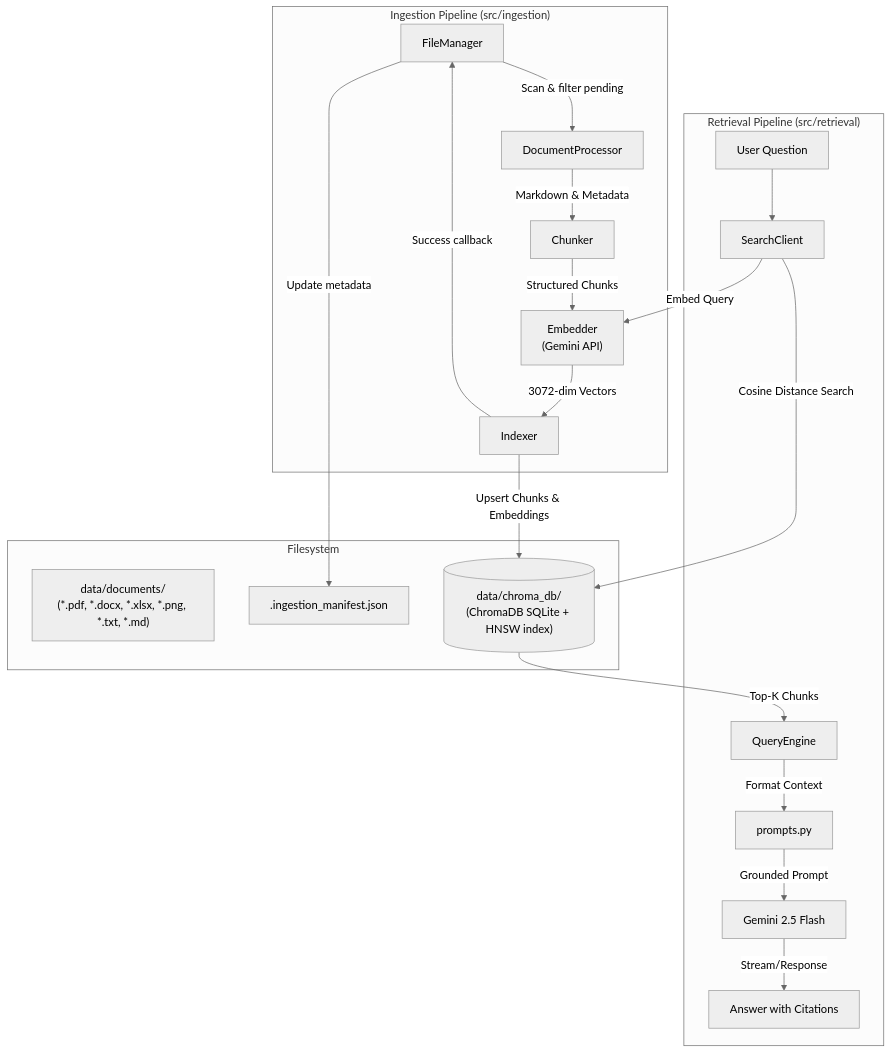
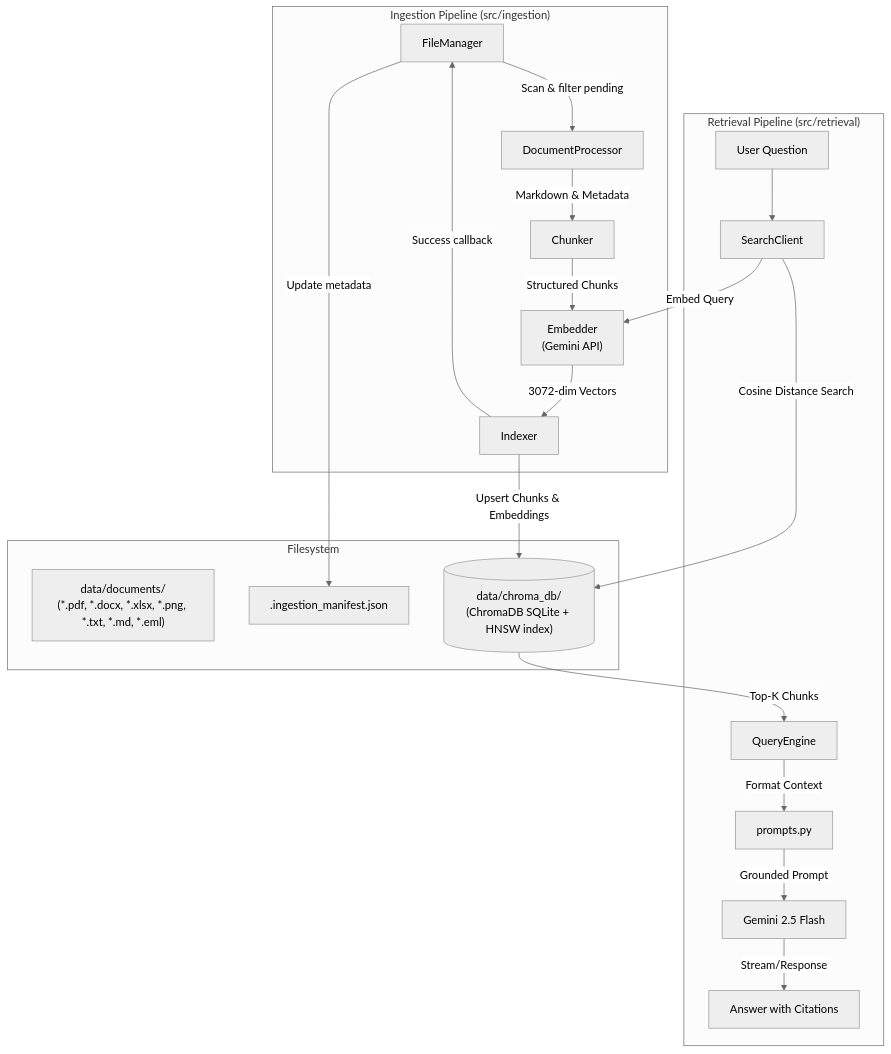
The first of 2 diagrams in docs/architecture.md (Asad02-dev/RAG), drawn with Mermaid (neutral theme) before and after one commit. The commit also changed other lines of this file and 16 other files, not shown here.

````diff
--- a/docs/architecture.md
+++ b/docs/architecture.md
@@ -13,28 +13,28 @@
 ```mermaid
 graph TD
     subgraph Filesystem
-        Docs["data/documents/<br/>(*.pdf, *.docx, *.xlsx, *.png, *.txt, *.md)"]
+        Docs["data/documents/<br/>(*.pdf, *.docx, *.xlsx, *.png, *.txt, *.md, *.eml)"]
         Manifest[".ingestion_manifest.json"]
         ChromaStore[("data/chroma_db/<br/>(ChromaDB SQLite + HNSW index)")]
     end
 
     subgraph "Ingestion Pipeline (src/ingestion)"
         FM["FileManager"] -->|Scan & filter pending| DP["DocumentProcessor"]
         DP -->|Markdown & Metadata| CK["Chunker"]
         CK -->|Structured Chunks| EB["Embedder<br/>(Gemini API)"]
         EB -->|3072-dim Vectors| IX["Indexer"]
         IX -->|Upsert Chunks & Embeddings| ChromaStore
         IX -->|Success callback| FM
         FM -->|Update metadata| Manifest
     end
 
     subgraph "Retrieval Pipeline (src/retrieval)"
         QueryInput["User Question"] --> SC["SearchClient"]
         SC -->|Embed Query| EB
         SC -->|Cosine Distance Search| ChromaStore
         ChromaStore -->|Top-K Chunks| QE["QueryEngine"]
         QE -->|Format Context| PR["prompts.py"]
         PR -->|Grounded Prompt| LLM["Gemini 2.5 Flash"]
         LLM -->|Stream/Response| ClientOut["Answer with Citations"]
     end
 ```
````
